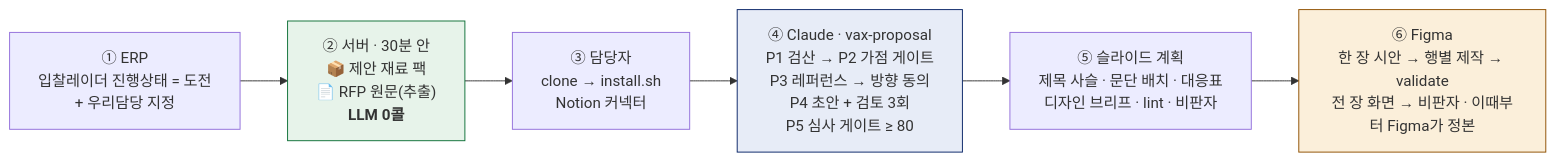
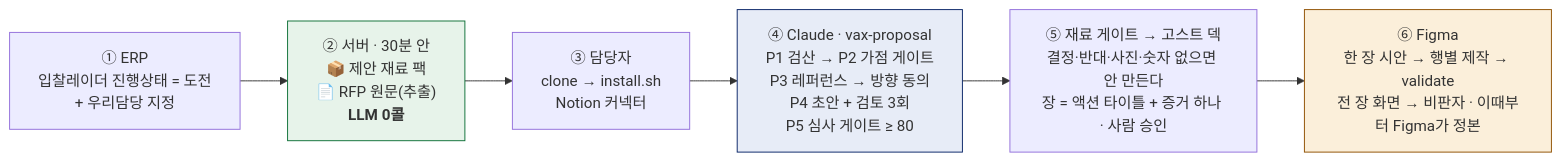
Before and after one commit to vaxport123/vax-proposal-kit: the diagram in README.md, drawn with Mermaid. The commit also changed other lines of this file and 10 other files, not shown here.

````diff
--- a/README.md
+++ b/README.md
@@ -56,11 +56,11 @@
 ```mermaid
 flowchart LR
     A["① ERP<br/>입찰레이더 진행상태 = 도전<br/>+ 우리담당 지정"] --> B["② 서버 · 30분 안<br/>📦 제안 재료 팩<br/>📄 RFP 원문(추출)<br/><b>LLM 0콜</b>"]
     B --> C["③ 담당자<br/>clone → install.sh<br/>Notion 커넥터"]
     C --> D["④ Claude · vax-proposal<br/>P1 검산 → P2 가점 게이트<br/>P3 레퍼런스 → 방향 동의<br/>P4 초안 + 검토 3회<br/>P5 심사 게이트 ≥ 80"]
-    D --> E["⑤ 슬라이드 계획<br/>제목 사슬 · 문단 배치 · 대응표<br/>디자인 브리프 · lint · 비판자"]
+    D --> E["⑤ 재료 게이트 → 고스트 덱<br/>결정·반대·사진·숫자 없으면 안 만든다<br/>장 = 액션 타이틀 + 증거 하나 · 사람 승인"]
     E --> F["⑥ Figma<br/>한 장 시안 → 행별 제작 → validate<br/>전 장 화면 → 비판자 · 이때부터 Figma가 정본"]
     style B fill:#e7f3ea,stroke:#0f7038
     style D fill:#e7ecf7,stroke:#082567
     style F fill:#fbefda,stroke:#8f5000
 ```
````
